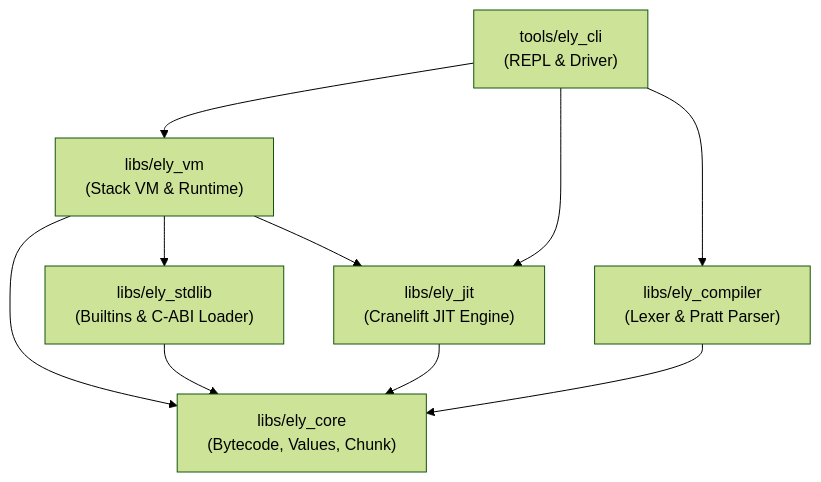
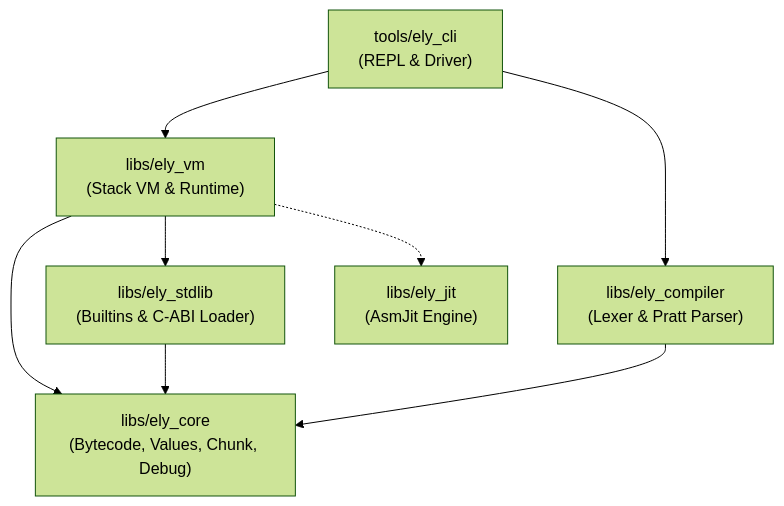
Before and after one commit to m4ce-w1ndu/elysabettian: the first of 2 diagrams in docs/architecture.md, drawn with Mermaid (forest theme). The commit also changed other lines of this file and 2 other files, not shown here.

First line of the commit message:
docs(all): add C++20 README and update architecture for AsmJit JIT

````diff
--- a/docs/architecture.md
+++ b/docs/architecture.md
@@ -11,12 +11,10 @@
 ```mermaid
 graph TD
     CLI["tools/ely_cli<br/>(REPL & Driver)"] --> VM["libs/ely_vm<br/>(Stack VM & Runtime)"]
-    CLI --> JIT["libs/ely_jit<br/>(Cranelift JIT Engine)"]
     CLI --> COMP["libs/ely_compiler<br/>(Lexer & Pratt Parser)"]
-    VM --> CORE["libs/ely_core<br/>(Bytecode, Values, Chunk)"]
+    VM --> CORE["libs/ely_core<br/>(Bytecode, Values, Chunk, Debug)"]
     VM --> STDLIB["libs/ely_stdlib<br/>(Builtins & C-ABI Loader)"]
-    VM --> JIT
+    VM -.-> JIT["libs/ely_jit<br/>(AsmJit Engine)"]
     STDLIB --> CORE
-    JIT --> CORE
     COMP --> CORE
 ```
````
